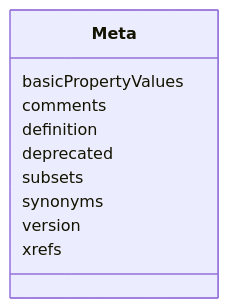
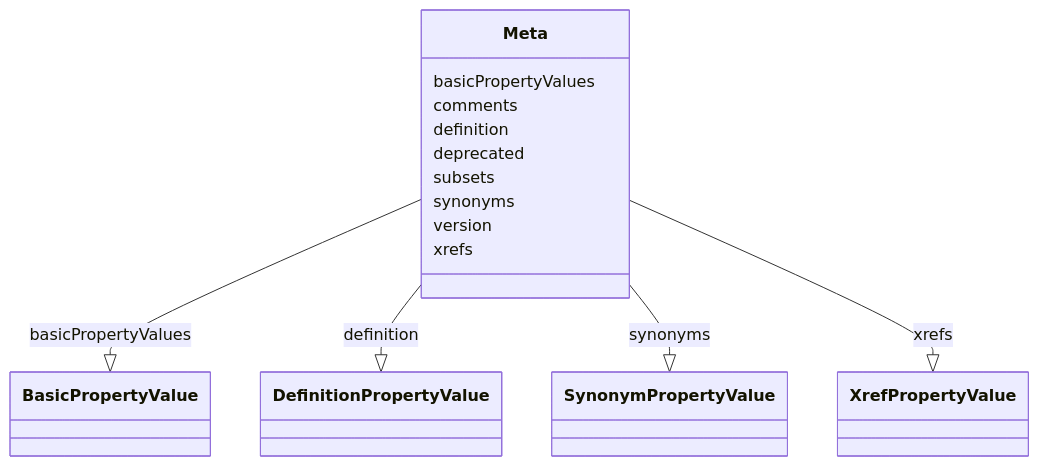
The diagram in obograph/Meta.md (cthoyt/ontology-access-kit), drawn with Mermaid before and after one commit. The commit also changed other lines of this file and 3287 other files, not shown here.

````diff
--- a/obograph/Meta.md
+++ b/obograph/Meta.md
@@ -11,13 +14,29 @@
 ```{mermaid}
  classDiagram
     class Meta
       Meta : basicPropertyValues
+        
+          Meta --|> BasicPropertyValue : basicPropertyValues
+        
       Meta : comments
+        
       Meta : definition
+        
+          Meta --|> DefinitionPropertyValue : definition
+        
       Meta : deprecated
+        
       Meta : subsets
+        
       Meta : synonyms
+        
+          Meta --|> SynonymPropertyValue : synonyms
+        
       Meta : version
+        
       Meta : xrefs
+        
+          Meta --|> XrefPropertyValue : xrefs
+        
       
 ```
````
